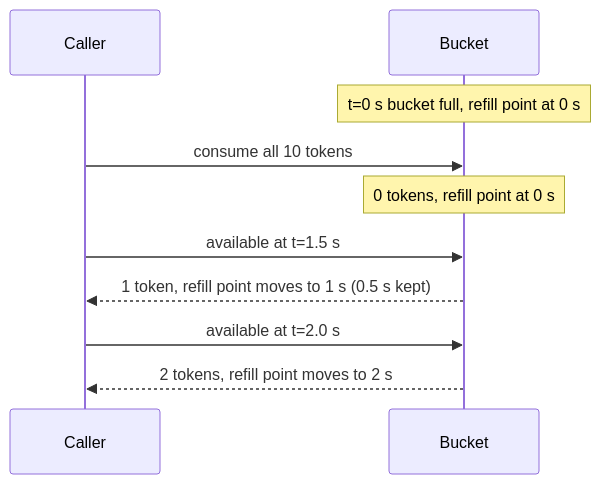
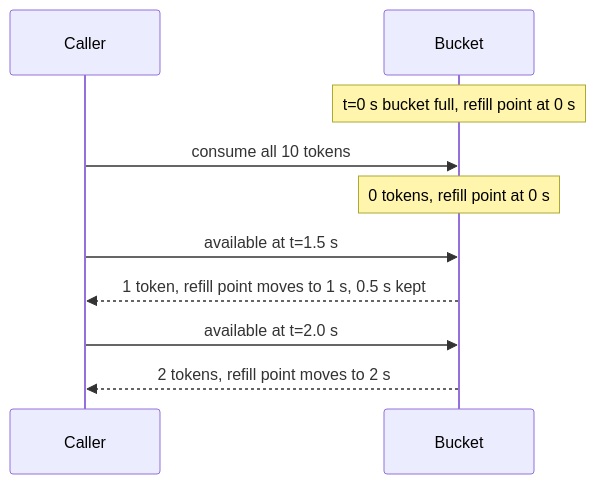
Before and after one commit to Chris013/java-practice: the second of 3 diagrams in tasks/11-token-bucket-rate-limiter.md, drawn with Mermaid. The commit also changed other lines of this file and 2 other files, not shown here.

````diff
--- a/tasks/11-token-bucket-rate-limiter.md
+++ b/tasks/11-token-bucket-rate-limiter.md
@@ -48,12 +48,12 @@
 ```mermaid
 sequenceDiagram
     participant Caller
     participant Bucket
     Note over Bucket: t=0 s bucket full, refill point at 0 s
     Caller->>Bucket: consume all 10 tokens
     Note over Bucket: 0 tokens, refill point at 0 s
     Caller->>Bucket: available at t=1.5 s
-    Bucket-->>Caller: 1 token, refill point moves to 1 s (0.5 s kept)
+    Bucket-->>Caller: 1 token, refill point moves to 1 s, 0.5 s kept
     Caller->>Bucket: available at t=2.0 s
     Bucket-->>Caller: 2 tokens, refill point moves to 2 s
 ```
````
